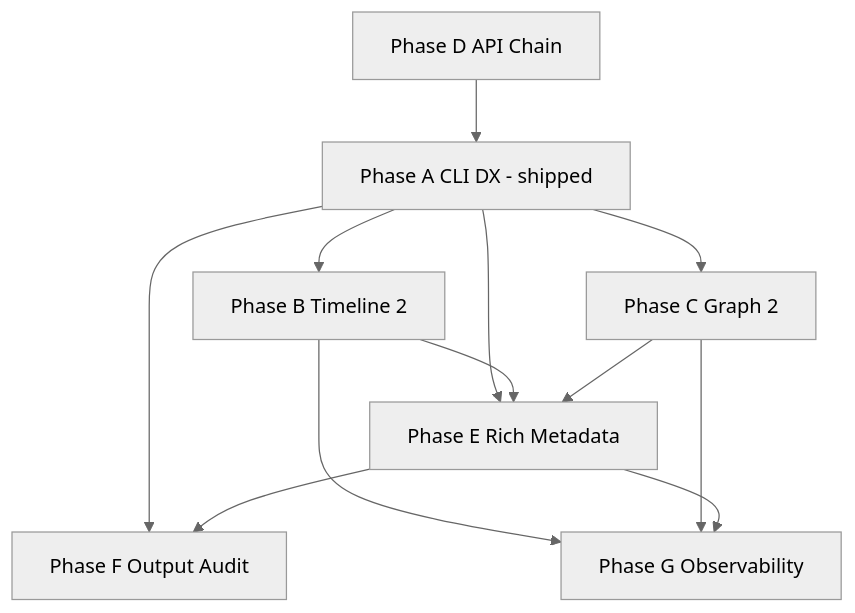
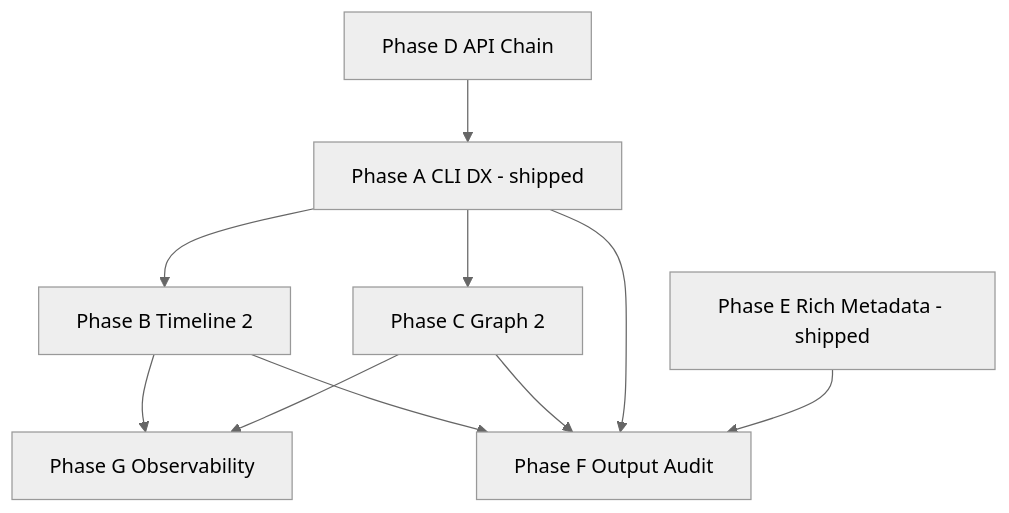
The diagram in maintainer/phases/observability-roadmap.md (zamdevio/expgov), drawn with Mermaid (neutral theme) before and after one commit. The commit also changed other lines of this file and 19 other files, not shown here.

First line of the commit message:
docs(maintainer): fold shipped phases and point sprint at Phase B

````diff
--- a/maintainer/phases/observability-roadmap.md
+++ b/maintainer/phases/observability-roadmap.md
@@ -68,22 +69,20 @@
 ```mermaid
 flowchart TD
   A[Phase A CLI DX - shipped]
   B[Phase B Timeline 2]
   C[Phase C Graph 2]
   D[Phase D API Chain]
-  E[Phase E Rich Metadata]
+  E[Phase E Rich Metadata - shipped]
   F[Phase F Output Audit]
   G[Phase G Observability]
 
   A --> B
   A --> C
-  A --> E
-  B --> E
-  C --> E
+  B --> F
+  C --> F
   D --> A
   A --> F
   E --> F
   B --> G
   C --> G
-  E --> G
 ```
````
